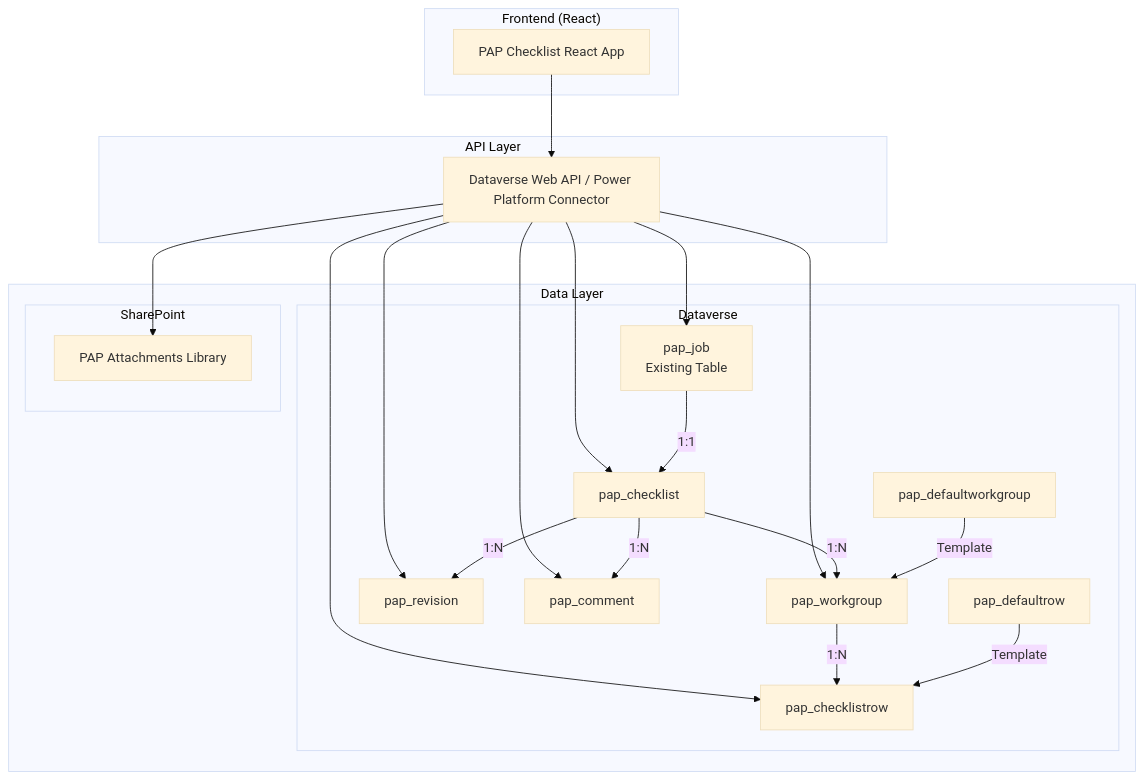
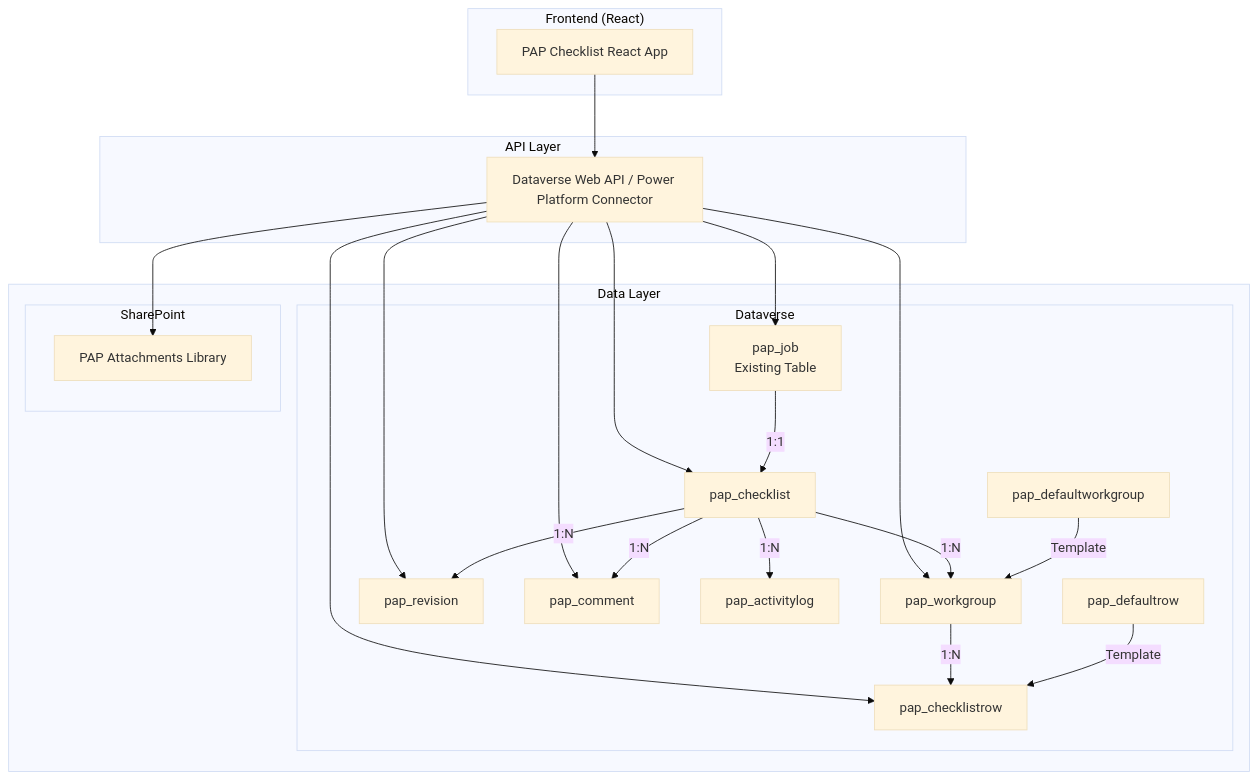
Before and after one commit to VirajP4595/CheckListApp-React: the diagram in docs/backend-implementation-plan.md, drawn with Mermaid (base theme). The commit also changed other lines of this file and 35 other files, not shown here.

````diff
--- a/docs/backend-implementation-plan.md
+++ b/docs/backend-implementation-plan.md
@@ -11,45 +11,47 @@
 ```mermaid
 graph TB
     subgraph "Frontend (React)"
         UI[PAP Checklist React App]
     end
     
     subgraph "API Layer"
         API[Dataverse Web API / Power Platform Connector]
     end
     
     subgraph "Data Layer"
         subgraph "Dataverse"
             JOB[pap_job<br/>Existing Table]
             CL[pap_checklist]
             WG[pap_workgroup]
             ROW[pap_checklistrow]
             REV[pap_revision]
             COMMENT[pap_comment]
+            ACTLOG[pap_activitylog]
             DWG[pap_defaultworkgroup]
             DROW[pap_defaultrow]
         end
         
         subgraph "SharePoint"
             LIB[PAP Attachments Library]
         end
     end
     
     UI --> API
     API --> JOB
     API --> CL
     API --> WG
     API --> ROW
     API --> REV
     API --> COMMENT
     API --> LIB
     
     JOB -->|1:1| CL
     CL -->|1:N| WG
     WG -->|1:N| ROW
     CL -->|1:N| REV
     CL -->|1:N| COMMENT
+    CL -->|1:N| ACTLOG
     
     DWG -->|Template| WG
     DROW -->|Template| ROW
 ```
````
